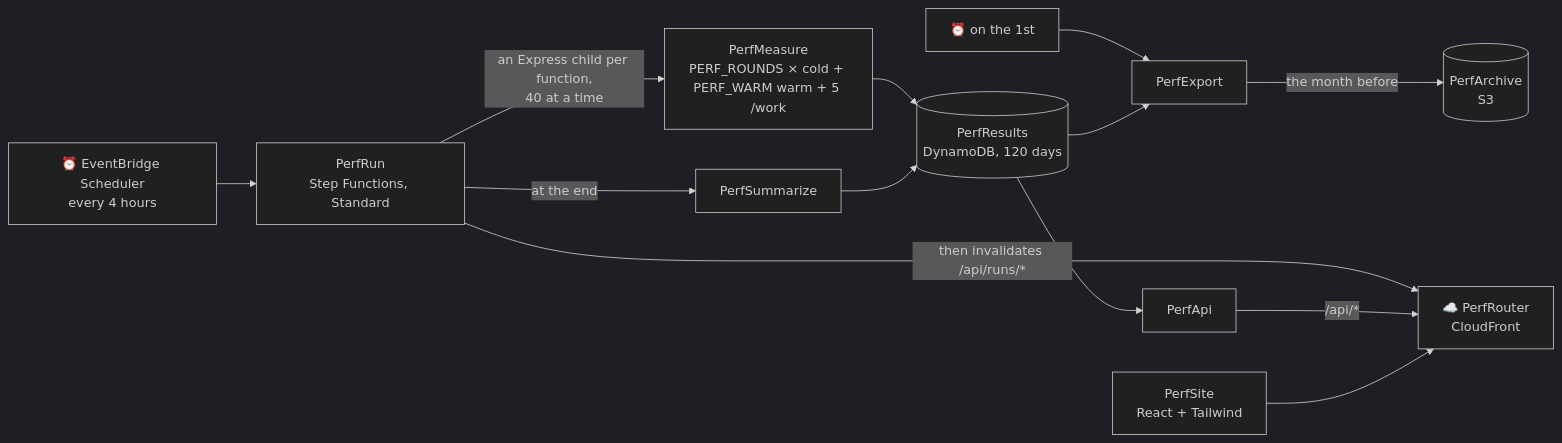
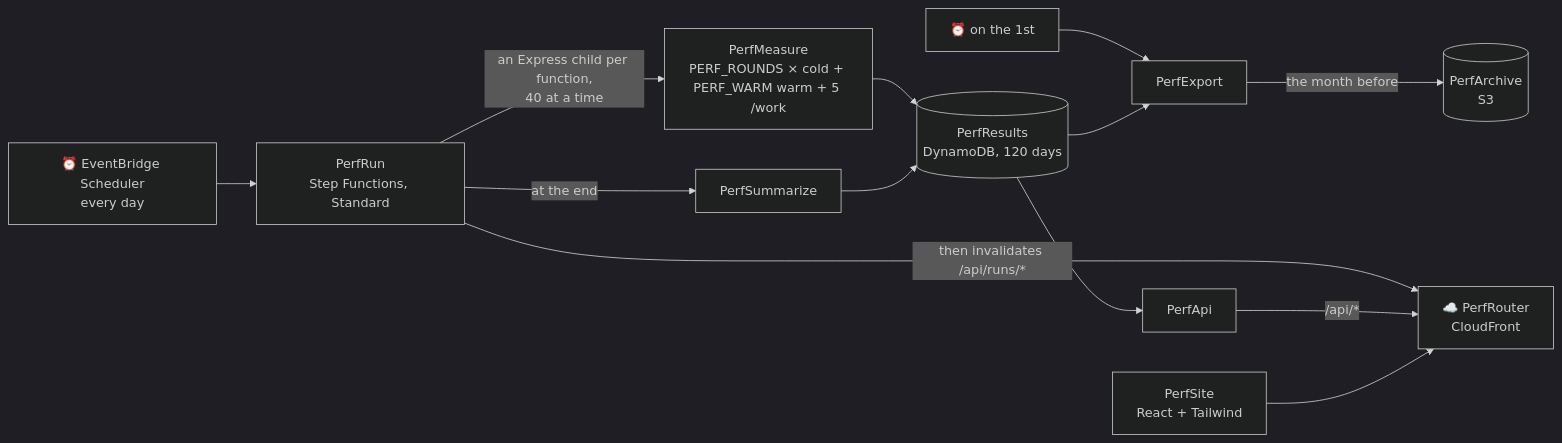
The diagram in README.md (NimmLor/lambda-coldstarts), drawn with Mermaid (dark theme) before and after one commit. The commit also changed other lines of this file and 14 other files, not shown here.

````diff
--- a/README.md
+++ b/README.md
@@ -293,13 +294,13 @@
 ```mermaid
 flowchart LR
-  S[⏰ EventBridge Scheduler<br>every 4 hours] --> R[PerfRun<br>Step Functions, Standard]
+  S[⏰ EventBridge Scheduler<br>every day] --> R[PerfRun<br>Step Functions, Standard]
   R -- an Express child per function,<br>40 at a time --> M[PerfMeasure<br>PERF_ROUNDS × cold + PERF_WARM warm + 5 /work]
   M --> D[(PerfResults<br>DynamoDB, 120 days)]
   R -- at the end --> Z[PerfSummarize] --> D
   R -- then invalidates /api/runs/* --> C
   E[⏰ on the 1st] --> X[PerfExport] -- the month before --> B[(PerfArchive<br>S3)]
   D --> X
   D --> A[PerfApi]
   A -- /api/* --> C[☁️ PerfRouter<br>CloudFront]
   W[PerfSite<br>React + Tailwind] --> C
 ```
````
